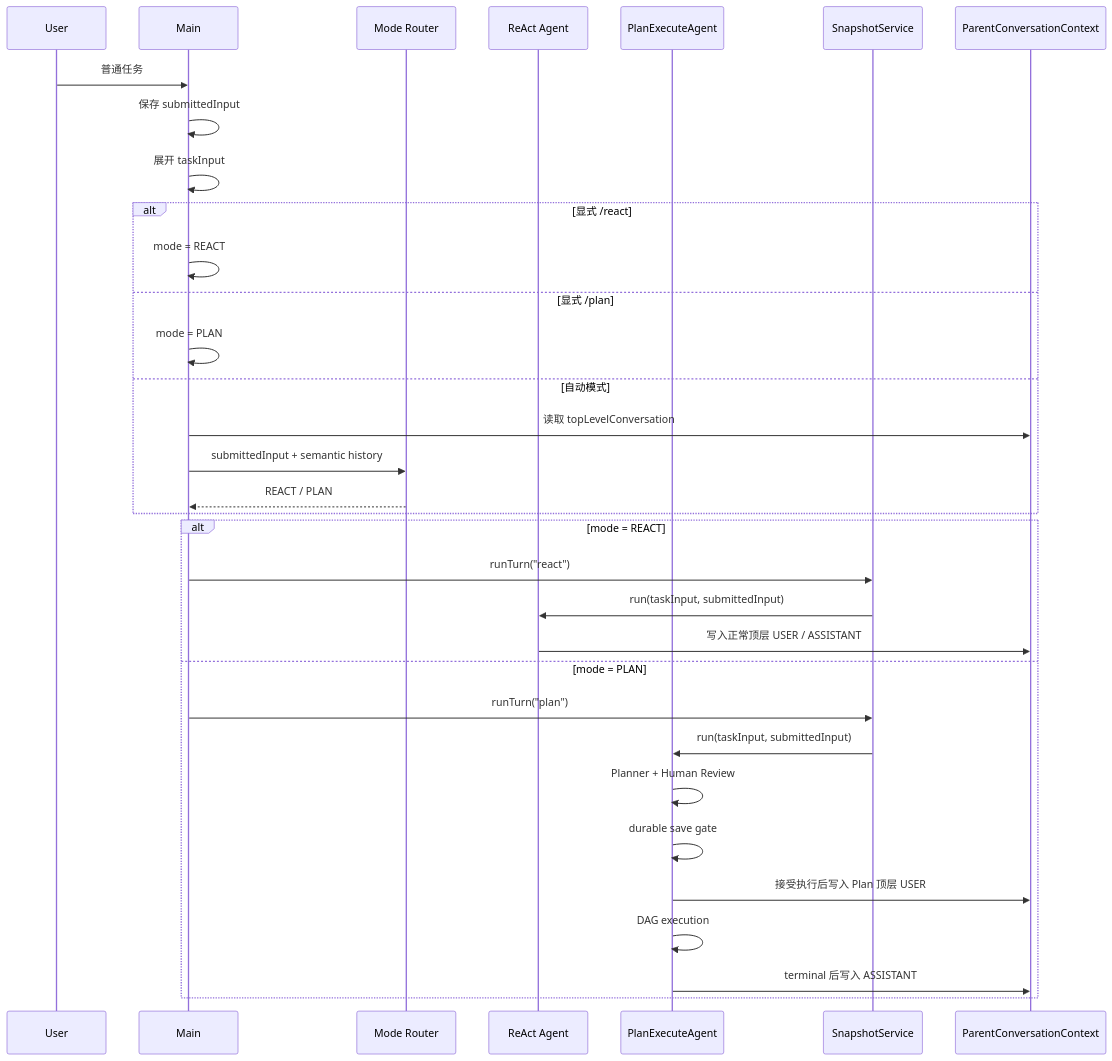
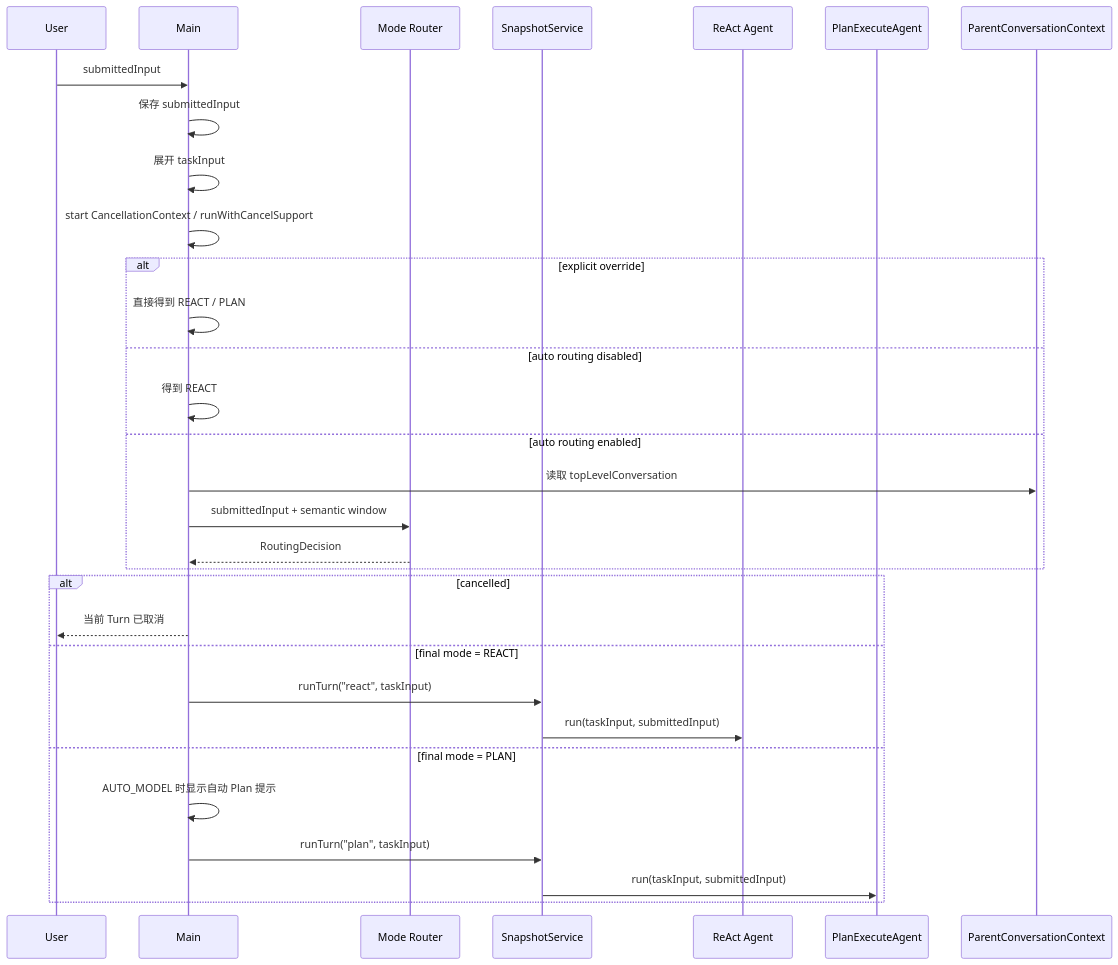
Before and after one commit to zgjdev/Code-Agent: the fourth of 4 diagrams in docs/dev/15-auto-execution-mode-routing.md, drawn with Mermaid. The commit also changed other lines of this file, not shown here.

Commit message:
docs: clarify auto routing scope and contracts

````diff
--- a/docs/dev/15-auto-execution-mode-routing.md
+++ b/docs/dev/15-auto-execution-mode-routing.md
@@ -864,38 +584,36 @@
 ```mermaid
 sequenceDiagram
     participant U as User
     participant M as Main
     participant R as Mode Router
+    participant S as SnapshotService
     participant A as ReAct Agent
     participant P as PlanExecuteAgent
-    participant S as SnapshotService
     participant C as ParentConversationContext
 
-    U->>M: 普通任务
+    U->>M: submittedInput
     M->>M: 保存 submittedInput
     M->>M: 展开 taskInput
+    M->>M: start CancellationContext / runWithCancelSupport
 
-    alt 显式 /react
-        M->>M: mode = REACT
-    else 显式 /plan
-        M->>M: mode = PLAN
-    else 自动模式
+    alt explicit override
+        M->>M: 直接得到 REACT / PLAN
+    else auto routing disabled
+        M->>M: 得到 REACT
+    else auto routing enabled
         M->>C: 读取 topLevelConversation
-        M->>R: submittedInput + semantic history
-        R-->>M: REACT / PLAN
+        M->>R: submittedInput + semantic window
+        R-->>M: RoutingDecision
     end
 
-    alt mode = REACT
-        M->>S: runTurn("react")
+    alt cancelled
+        M-->>U: 当前 Turn 已取消
+    else final mode = REACT
+        M->>S: runTurn("react", taskInput)
         S->>A: run(taskInput, submittedInput)
-        A->>C: 写入正常顶层 USER / ASSISTANT
-    else mode = PLAN
-        M->>S: runTurn("plan")
+    else final mode = PLAN
+        M->>M: AUTO_MODEL 时显示自动 Plan 提示
+        M->>S: runTurn("plan", taskInput)
         S->>P: run(taskInput, submittedInput)
-        P->>P: Planner + Human Review
-        P->>P: durable save gate
-        P->>C: 接受执行后写入 Plan 顶层 USER
-        P->>P: DAG execution
-        P->>C: terminal 后写入 ASSISTANT
     end
 ```
````
